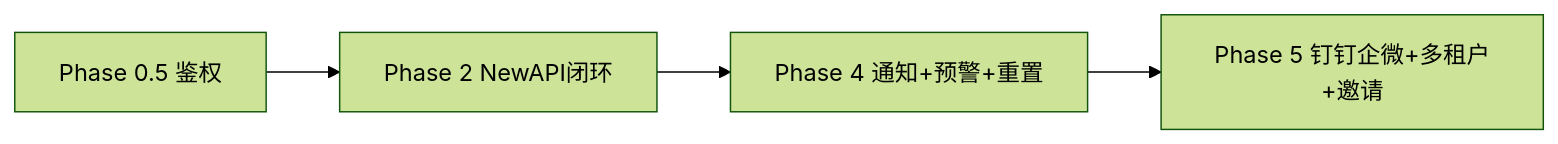
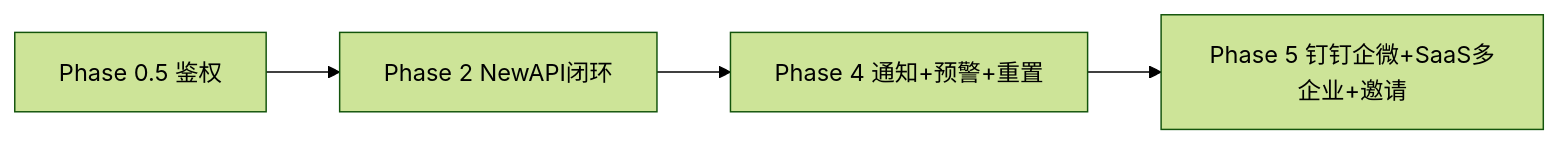
The diagram in docs/Backend-待实现.md (quyip8818/mytokenjoy), drawn with Mermaid (forest theme) before and after one commit. The commit also changed other lines of this file and 7 other files, not shown here.

````diff
--- a/docs/Backend-待实现.md
+++ b/docs/Backend-待实现.md
@@ -111,9 +111,9 @@
 ```mermaid
 flowchart LR
     P05[Phase 0.5 鉴权]
     P2[Phase 2 NewAPI闭环]
     P4[Phase 4 通知+预警+重置]
-    P5[Phase 5 钉钉企微+多租户+邀请]
+    P5[Phase 5 钉钉企微+SaaS多企业+邀请]
 
     P05 --> P2 --> P4 --> P5
 ```
````
